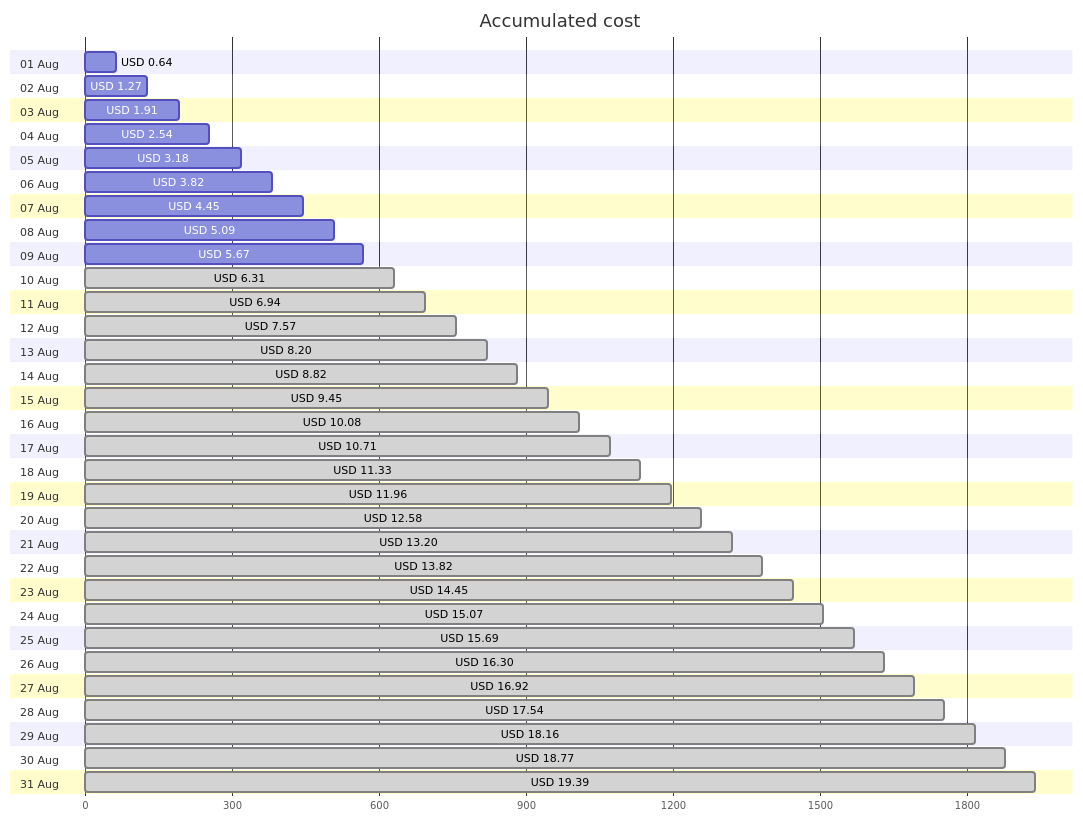
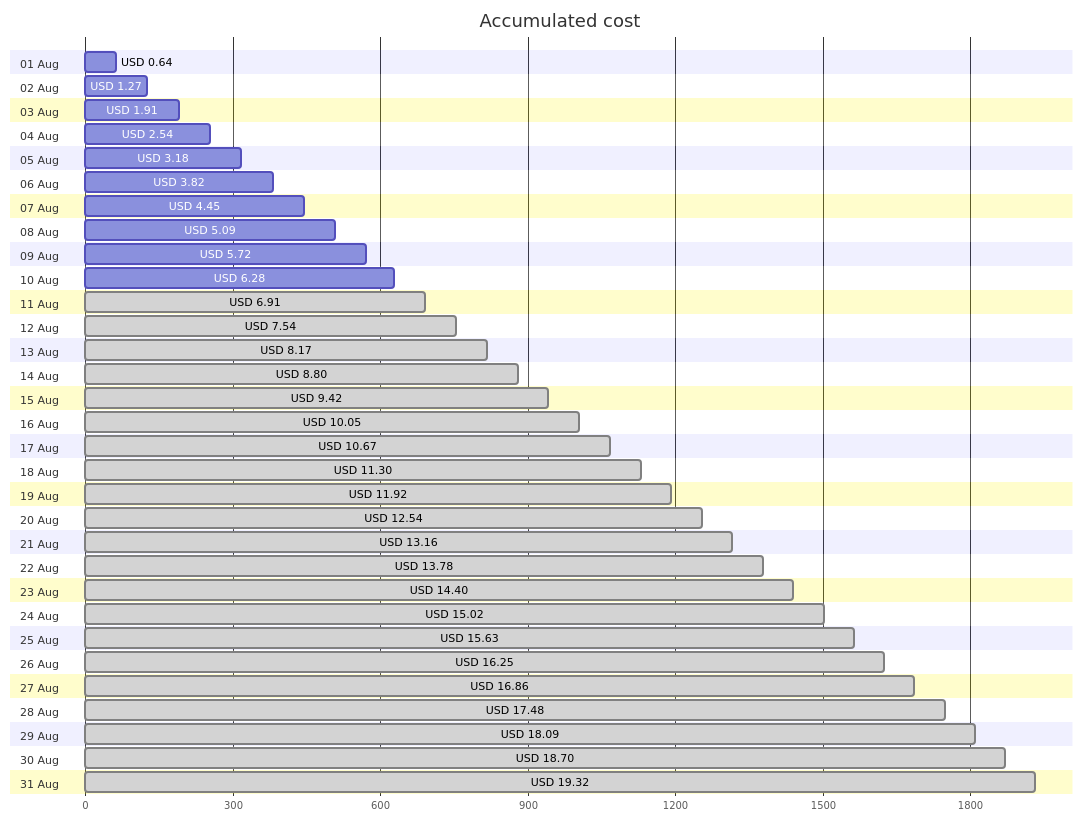
One commit to jpfulton/azure-personal-reports changed the first of 4 diagrams in cost-reports/accumulated-cost.md. Above: the diagram before and after it, drawn with Mermaid. The commit also changed other lines of this file and 4 other files, not shown here.

````diff
--- a/cost-reports/accumulated-cost.md
+++ b/cost-reports/accumulated-cost.md
@@ -20,68 +20,68 @@
 ```mermaid
 gantt
    title Accumulated cost
    dateFormat  X
    axisFormat %s
    section 01 Aug
    USD 0.64 :0, 64
    section 02 Aug
    USD 1.27 :0, 127
    section 03 Aug
    USD 1.91 :0, 191
    section 04 Aug
    USD 2.54 :0, 254
    section 05 Aug
    USD 3.18 :0, 318
    section 06 Aug
    USD 3.82 :0, 382
    section 07 Aug
    USD 4.45 :0, 445
    section 08 Aug
    USD 5.09 :0, 509
    section 09 Aug
-   USD 5.67 :0, 567
+   USD 5.72 :0, 572
    section 10 Aug
-   USD 6.31 : done, 0, 631
+   USD 6.28 :0, 628
    section 11 Aug
-   USD 6.94 : done, 0, 694
+   USD 6.91 : done, 0, 691
    section 12 Aug
-   USD 7.57 : done, 0, 757
+   USD 7.54 : done, 0, 754
    section 13 Aug
-   USD 8.20 : done, 0, 820
+   USD 8.17 : done, 0, 817
    section 14 Aug
-   USD 8.82 : done, 0, 882
+   USD 8.80 : done, 0, 880
    section 15 Aug
-   USD 9.45 : done, 0, 945
+   USD 9.42 : done, 0, 942
    section 16 Aug
-   USD 10.08 : done, 0, 1008
+   USD 10.05 : done, 0, 1005
    section 17 Aug
-   USD 10.71 : done, 0, 1071
+   USD 10.67 : done, 0, 1067
    section 18 Aug
-   USD 11.33 : done, 0, 1133
+   USD 11.30 : done, 0, 1130
    section 19 Aug
-   USD 11.96 : done, 0, 1196
+   USD 11.92 : done, 0, 1192
    section 20 Aug
-   USD 12.58 : done, 0, 1258
+   USD 12.54 : done, 0, 1254
    section 21 Aug
-   USD 13.20 : done, 0, 1320
+   USD 13.16 : done, 0, 1316
    section 22 Aug
-   USD 13.82 : done, 0, 1382
+   USD 13.78 : done, 0, 1378
    section 23 Aug
-   USD 14.45 : done, 0, 1445
+   USD 14.40 : done, 0, 1440
    section 24 Aug
-   USD 15.07 : done, 0, 1507
+   USD 15.02 : done, 0, 1502
    section 25 Aug
-   USD 15.69 : done, 0, 1569
+   USD 15.63 : done, 0, 1563
    section 26 Aug
-   USD 16.30 : done, 0, 1630
+   USD 16.25 : done, 0, 1625
    section 27 Aug
-   USD 16.92 : done, 0, 1692
+   USD 16.86 : done, 0, 1686
    section 28 Aug
-   USD 17.54 : done, 0, 1754
+   USD 17.48 : done, 0, 1748
    section 29 Aug
-   USD 18.16 : done, 0, 1816
+   USD 18.09 : done, 0, 1809
    section 30 Aug
-   USD 18.77 : done, 0, 1877
+   USD 18.70 : done, 0, 1870
    section 31 Aug
-   USD 19.39 : done, 0, 1939
+   USD 19.32 : done, 0, 1932
 ```
````
